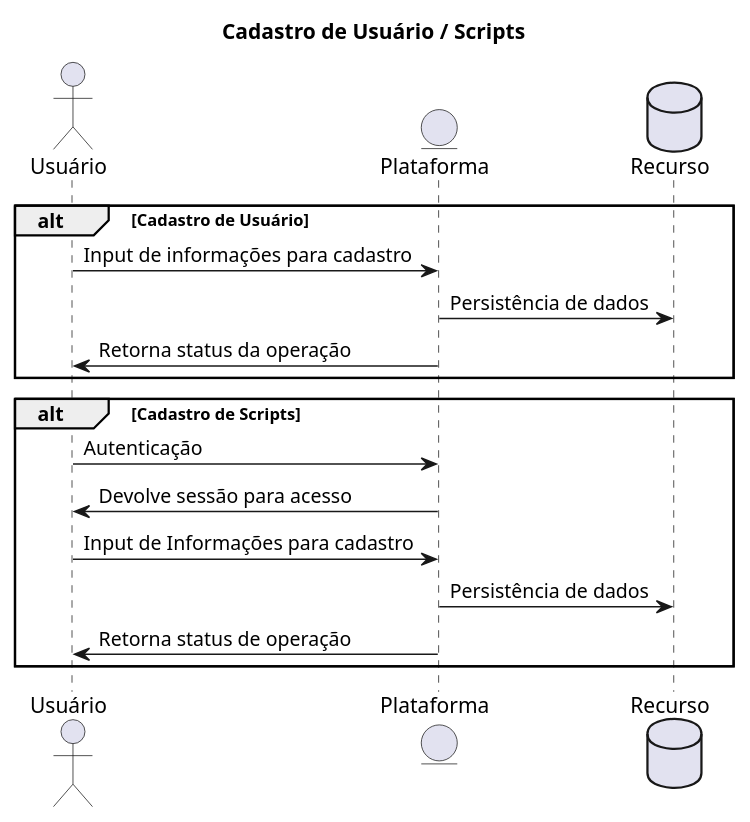
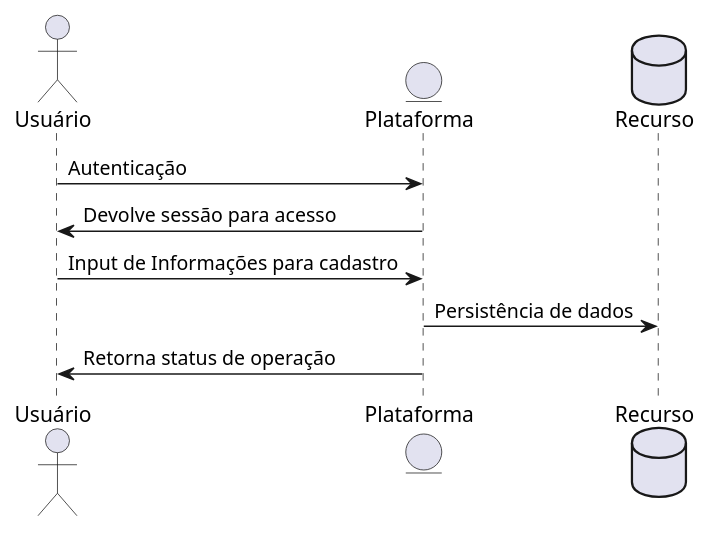
The second of 6 diagrams in src/main/resources/diagrams/crud-flow.puml (constantlearning/rse-service), drawn with PlantUML before and after one commit. The commit also changed other lines of this file, not shown here.

Commit message:
Segmentation of crud flow.

```diff
--- a/src/main/resources/diagrams/crud-flow.puml
+++ b/src/main/resources/diagrams/crud-flow.puml
@@ -1,25 +16,15 @@
 @startuml
 
-    title Cadastro de Usuário / Scripts
+'    title Cadastro de Script
 
     actor Usuário
     entity Plataforma
     database Recurso
 
+    Usuário -> Plataforma: Autenticação
+    Plataforma -> Usuário: Devolve sessão para acesso
 
-    alt Cadastro de Usuário
-        Usuário -> Plataforma: Input de informações para cadastro
-        Plataforma -> Recurso: Persistência de dados
-        Plataforma -> Usuário: Retorna status da operação
-    end
-
-    alt Cadastro de Scripts
-        Usuário -> Plataforma: Autenticação
-        Plataforma -> Usuário: Devolve sessão para acesso
-
-        Usuário -> Plataforma: Input de Informações para cadastro
-        Plataforma -> Recurso: Persistência de dados
-        Plataforma -> Usuário: Retorna status de operação
-    end
-
+    Usuário -> Plataforma: Input de Informações para cadastro
+    Plataforma -> Recurso: Persistência de dados
+    Plataforma -> Usuário: Retorna status de operação
 @enduml
```
